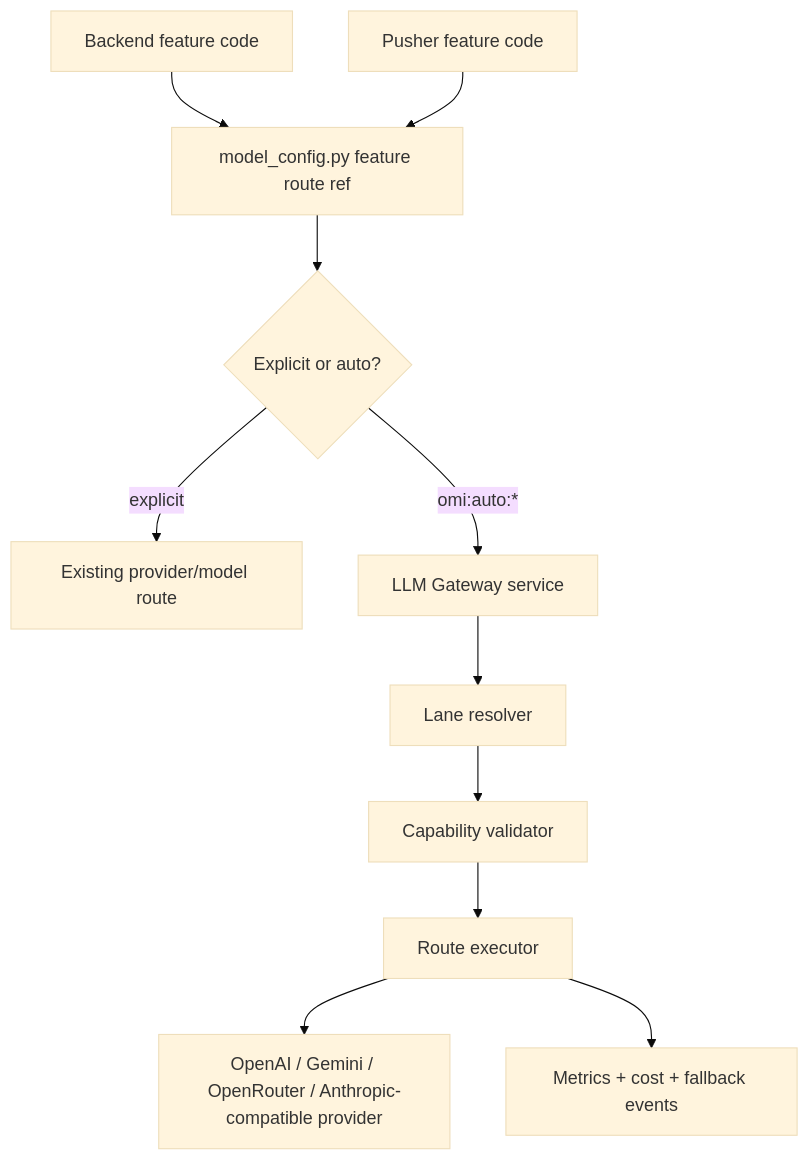
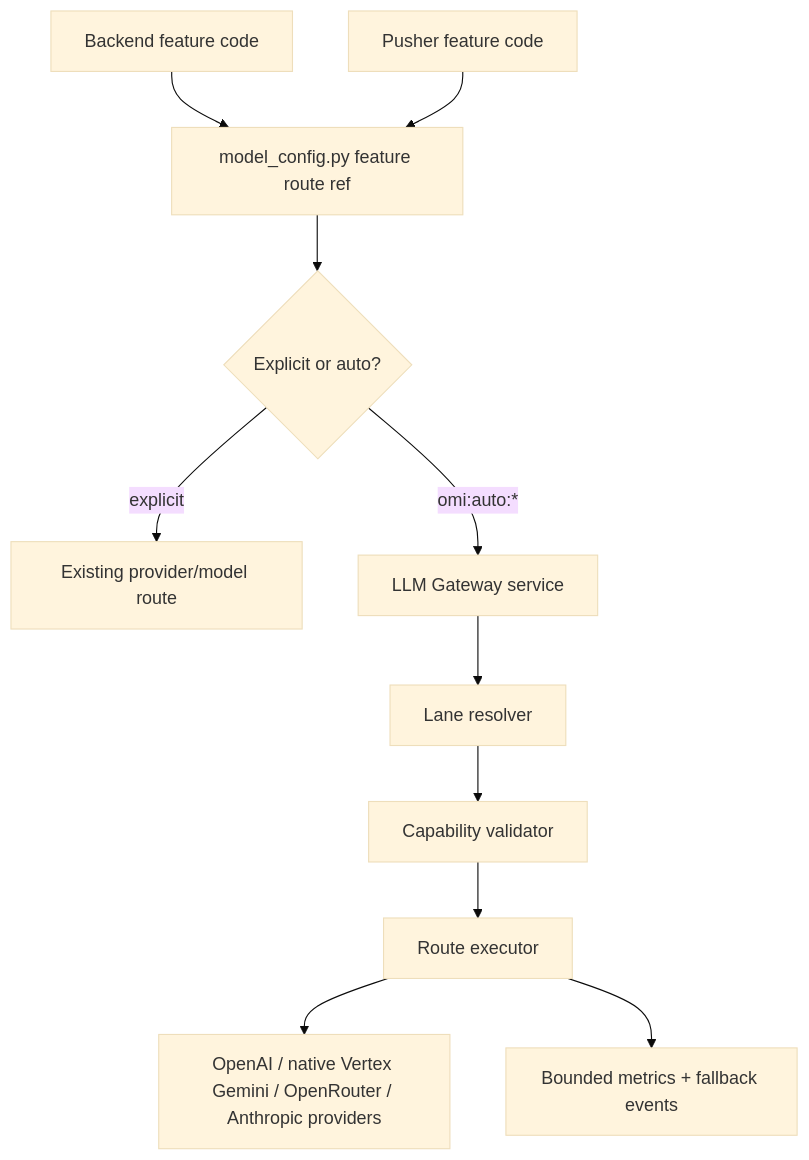
One commit to BasedHardware/omi changed the diagram in docs/doc/developer/backend/llm_gateway.mdx. Above: the diagram before and after it, drawn with Mermaid (base theme). The commit also changed other lines of this file and 31 other files, not shown here.

Commit message:
feat(gateway): route Gemini through Vertex AI

````diff
--- a/docs/doc/developer/backend/llm_gateway.mdx
+++ b/docs/doc/developer/backend/llm_gateway.mdx
@@ -72,13 +72,13 @@
 ```mermaid
 flowchart TD
     A["Backend feature code"] --> B["model_config.py feature route ref"]
     P["Pusher feature code"] --> B
     B --> C{"Explicit or auto?"}
     C -->|"explicit"| D["Existing provider/model route"]
     C -->|"omi:auto:*"| G["LLM Gateway service"]
     G --> R["Lane resolver"]
     R --> V["Capability validator"]
     V --> E["Route executor"]
-    E --> O["OpenAI / Gemini / OpenRouter / Anthropic-compatible provider"]
-    E --> M["Metrics + cost + fallback events"]
+    E --> O["OpenAI / native Vertex Gemini / OpenRouter / Anthropic providers"]
+    E --> M["Bounded metrics + fallback events"]
 ```
````
